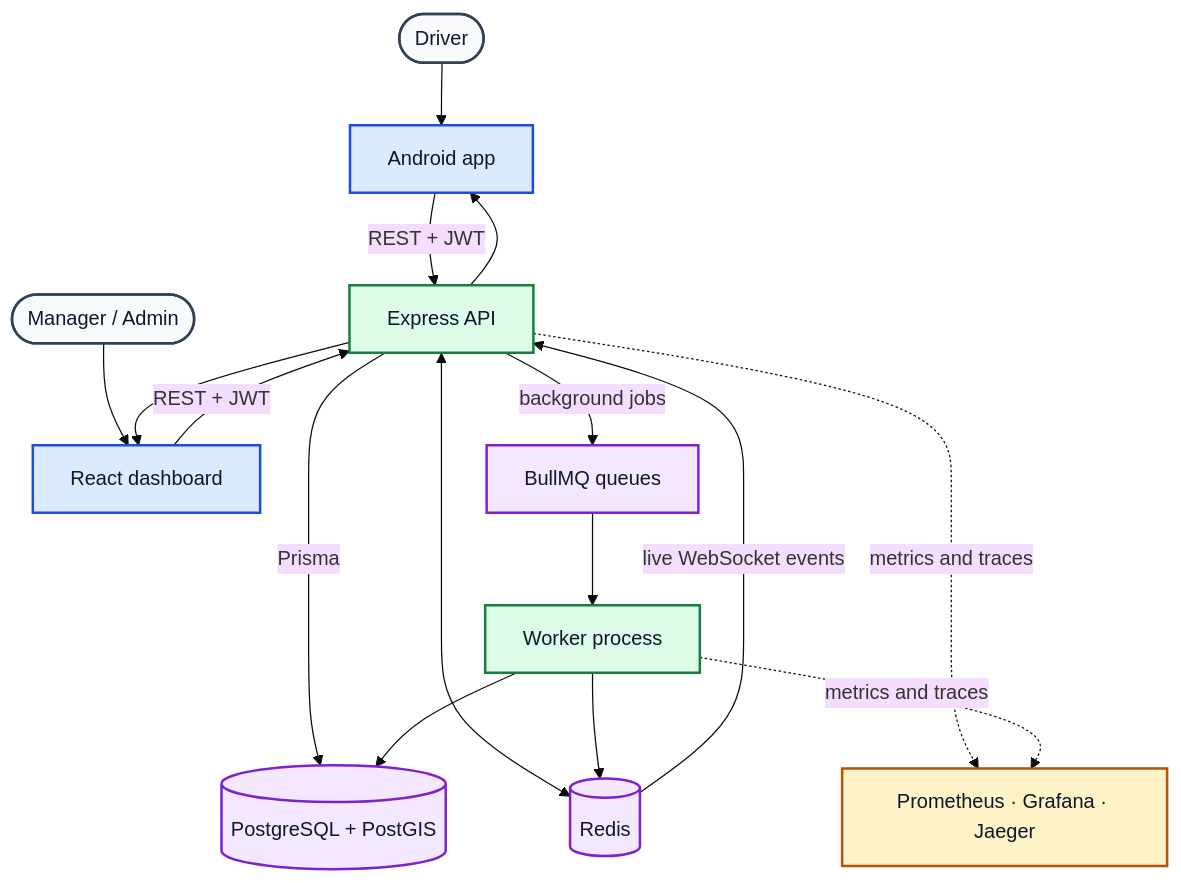
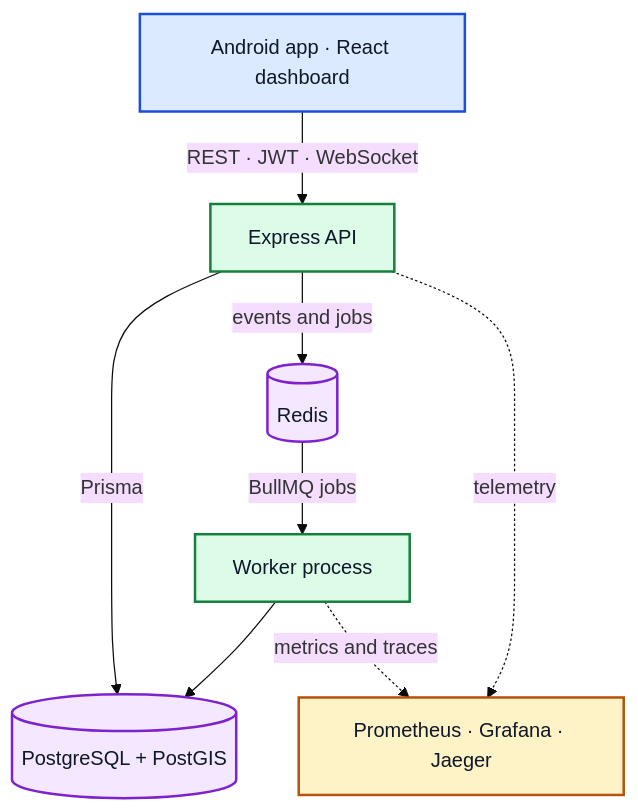
The first of 3 diagrams in README.md (Pratham-Shrivastava379/Fleet-Flow), drawn with Mermaid (base theme) before and after one commit.

Commit message:
Simplify system architecture overview

````diff
--- a/README.md
+++ b/README.md
@@ -25,33 +25,20 @@
 ```mermaid
 flowchart TB
-    Driver([Driver]) --> Android[Android app]
-    Operations([Manager / Admin]) --> Dashboard[React dashboard]
-
-    Android -->|REST + JWT| API[Express API]
-    Dashboard -->|REST + JWT| API
+    Clients[Android app · React dashboard]
+    Clients -->|REST · JWT · WebSocket| API[Express API]
     API -->|Prisma| Database[(PostgreSQL + PostGIS)]
-    API <--> Redis[(Redis)]
-
-    API -->|background jobs| Queues[BullMQ queues]
-    Queues --> Worker[Worker process]
+    API -->|events and jobs| Redis[(Redis)]
+    Redis -->|BullMQ jobs| Worker[Worker process]
     Worker --> Database
-    Worker --> Redis
-
-    Redis -->|live WebSocket events| API
-    API --> Android
-    API --> Dashboard
-
-    API -. metrics and traces .-> Observability[Prometheus · Grafana · Jaeger]
+    API -. telemetry .-> Observability[Prometheus · Grafana · Jaeger]
     Worker -. metrics and traces .-> Observability
 
-    classDef actor fill:#F8FAFC,stroke:#334155,stroke-width:2px,color:#0F172A
     classDef client fill:#DBEAFE,stroke:#1D4ED8,stroke-width:2px,color:#0F172A
     classDef service fill:#DCFCE7,stroke:#15803D,stroke-width:2px,color:#0F172A
     classDef data fill:#F3E8FF,stroke:#7E22CE,stroke-width:2px,color:#0F172A
     classDef observe fill:#FEF3C7,stroke:#B45309,stroke-width:2px,color:#0F172A
-    class Driver,Operations actor
-    class Android,Dashboard client
+    class Clients client
     class API,Worker service
-    class Database,Redis,Queues data
+    class Database,Redis data
     class Observability observe
 ```
````
